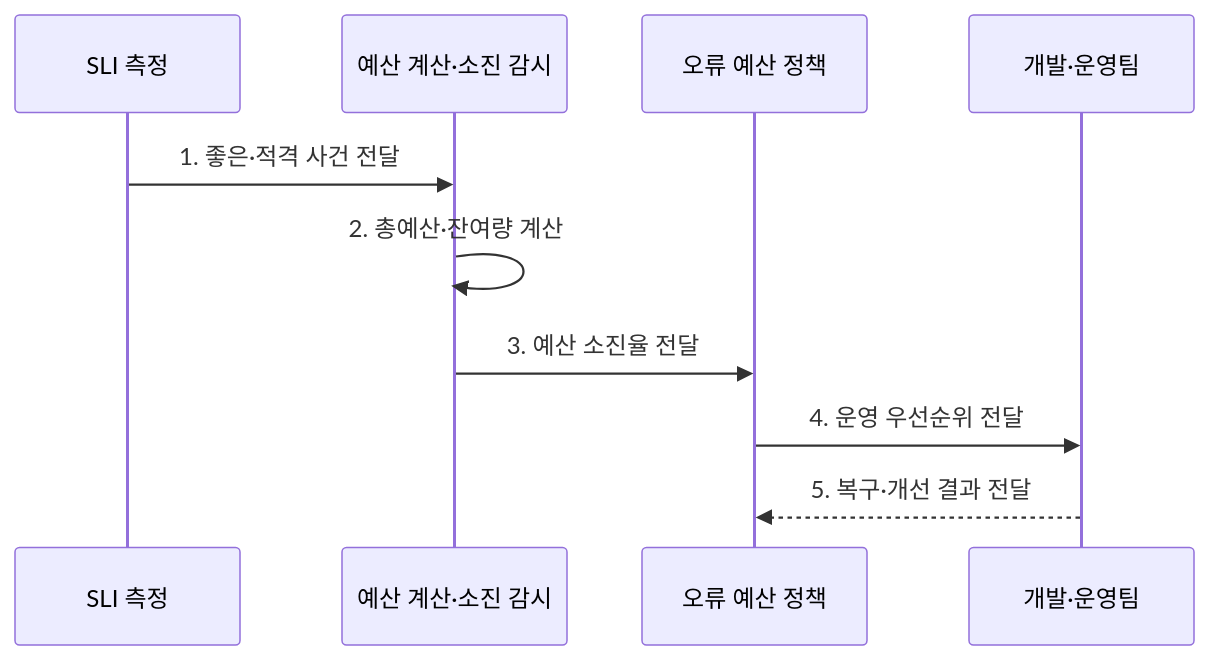
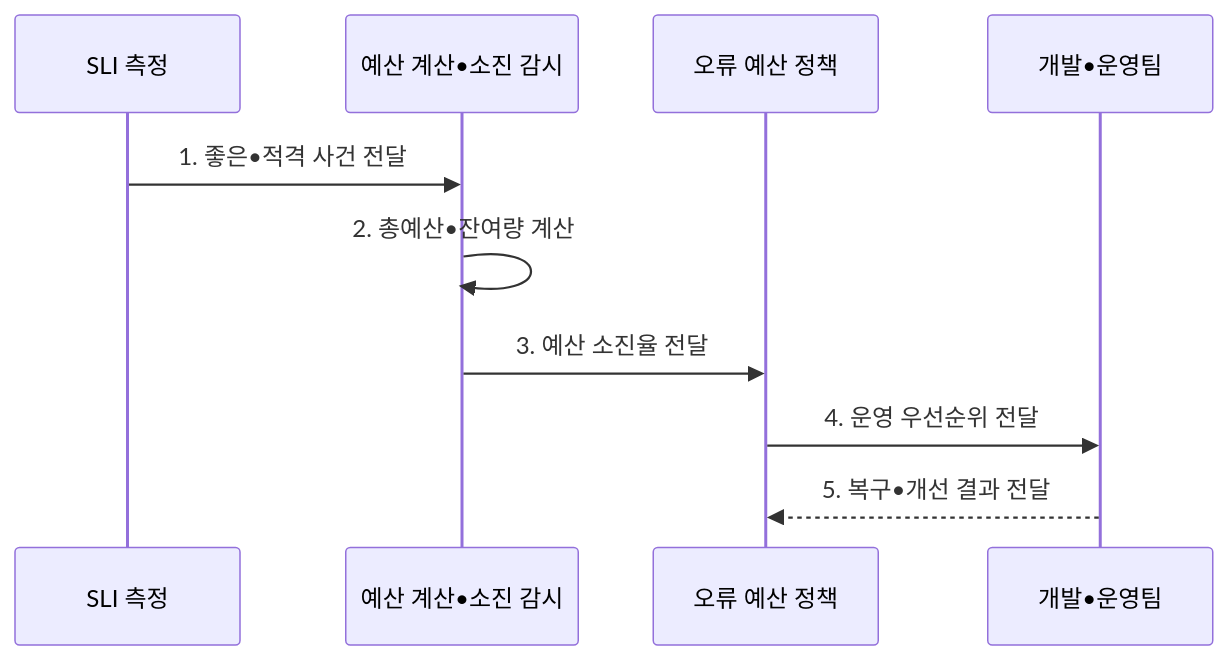
Before and after one commit to agnusdei1207/knowledge-base: the second of 2 diagrams in src/content/docs/notes/08-latest-tech/174_error_budget.md, drawn with Mermaid. The commit also changed other lines of this file and 953 other files, not shown here.

````diff
--- a/src/content/docs/notes/08-latest-tech/174_error_budget.md
+++ b/src/content/docs/notes/08-latest-tech/174_error_budget.md
@@ -101,12 +101,12 @@
 ```mermaid
 sequenceDiagram
     participant S as SLI 측정
-    participant B as 예산 계산·소진 감시
+    participant B as 예산 계산•소진 감시
     participant P as 오류 예산 정책
-    participant D as 개발·운영팀
-    S->>B: 1. 좋은·적격 사건 전달
-    B->>B: 2. 총예산·잔여량 계산
+    participant D as 개발•운영팀
+    S->>B: 1. 좋은•적격 사건 전달
+    B->>B: 2. 총예산•잔여량 계산
     B->>P: 3. 예산 소진율 전달
     P->>D: 4. 운영 우선순위 전달
-    D-->>P: 5. 복구·개선 결과 전달
+    D-->>P: 5. 복구•개선 결과 전달
 ```
````
